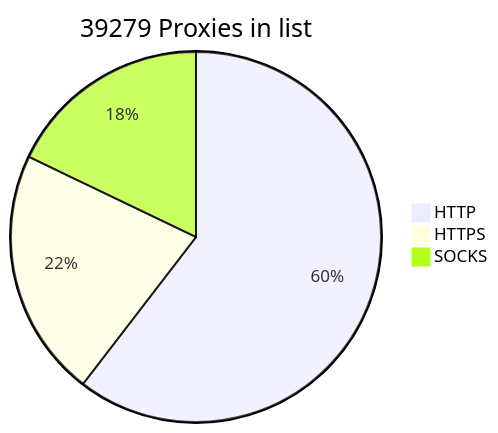
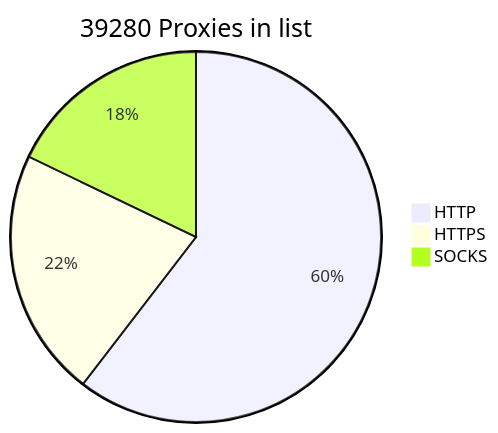
Before and after one commit to BlackSnowDot/proxylist-update-every-minute: the diagram in README.md, drawn with Mermaid.

````diff
--- a/README.md
+++ b/README.md
@@ -2,6 +2,6 @@
 ```mermaid
-pie title 39279 Proxies in list
-    "HTTP" : 27784
-    "HTTPS": 9975
+pie title 39280 Proxies in list
+    "HTTP" : 27786
+    "HTTPS": 9978
     "SOCKS" : 8218
 ```
````
